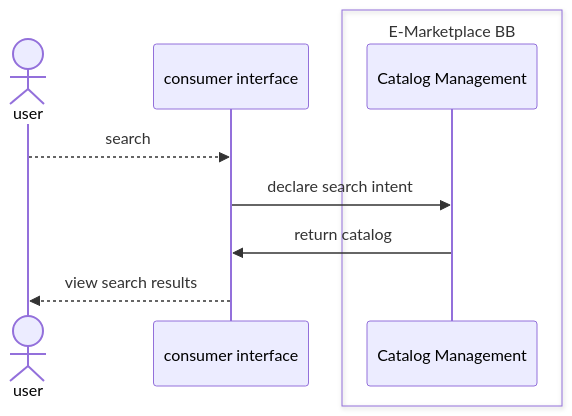
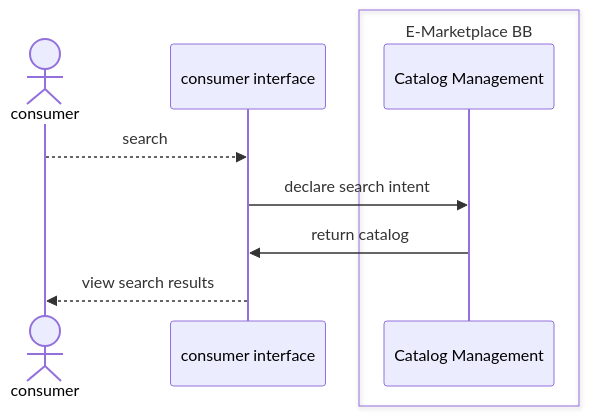
The first of 15 diagrams in spec/9-workflows.md (GovStackWorkingGroup/bb-emarketplace), drawn with Mermaid before and after one commit. The commit also changed other lines of this file, not shown here.

Commit message:
GITBOOK-45: Update sequence diagram - Quotation Management

````diff
--- a/spec/9-workflows.md
+++ b/spec/9-workflows.md
@@ -34,12 +34,12 @@
 ```mermaid
 sequenceDiagram
-    Actor user
+    Actor consumer
     participant consumer interface
     box E-Marketplace BB
     participant Catalog Management
     end
-    user-->>consumer interface: search 
+    consumer-->>consumer interface: search 
     consumer interface->>Catalog Management:declare search intent
     Catalog Management->>consumer interface:return catalog
-    consumer interface-->>user:view search results
+    consumer interface-->>consumer:view search results
 ```
````
